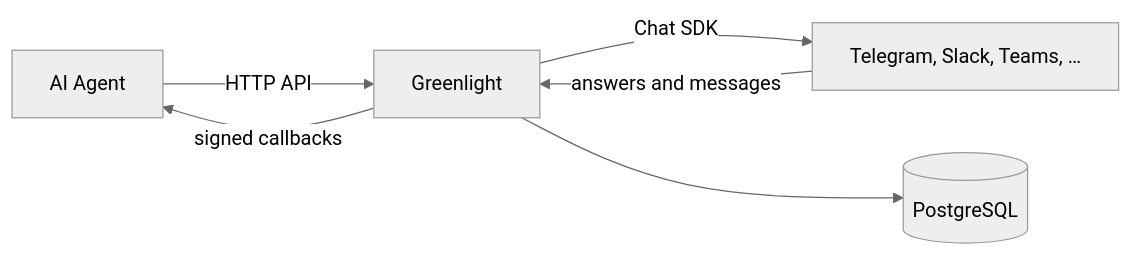
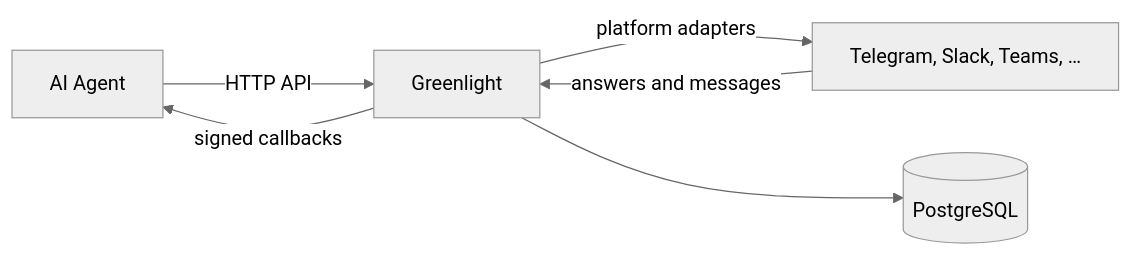
One commit to HashTerm/greenlight changed the first of 3 diagrams in docs-site/content/getting-started/concepts.mdx. Above: the diagram before and after it, drawn with Mermaid. The commit also changed other lines of this file and 7 other files, not shown here.

First line of the commit message:
docs: demote Chat SDK into Credits attribution

````diff
--- a/docs-site/content/getting-started/concepts.mdx
+++ b/docs-site/content/getting-started/concepts.mdx
@@ -5,14 +5,14 @@
 ```mermaid
 %%{init: {'theme': 'neutral'}}%%
 flowchart LR
   agent[AI Agent]
   core[Greenlight]
   db[(PostgreSQL)]
   chat[Telegram, Slack, Teams, …]
 
   agent -->|HTTP API| core
-  core -->|Chat SDK| chat
+  core -->|platform adapters| chat
   core --> db
   chat -->|answers and messages| core
   core -->|signed callbacks| agent
 ```
````
